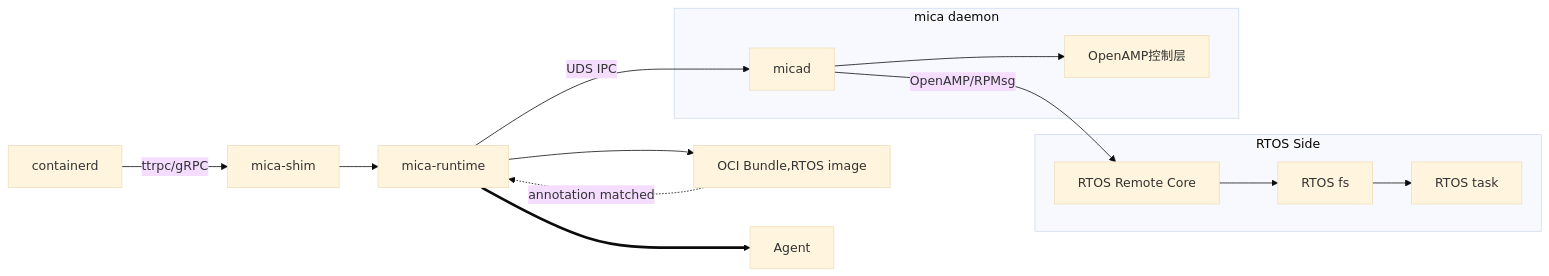
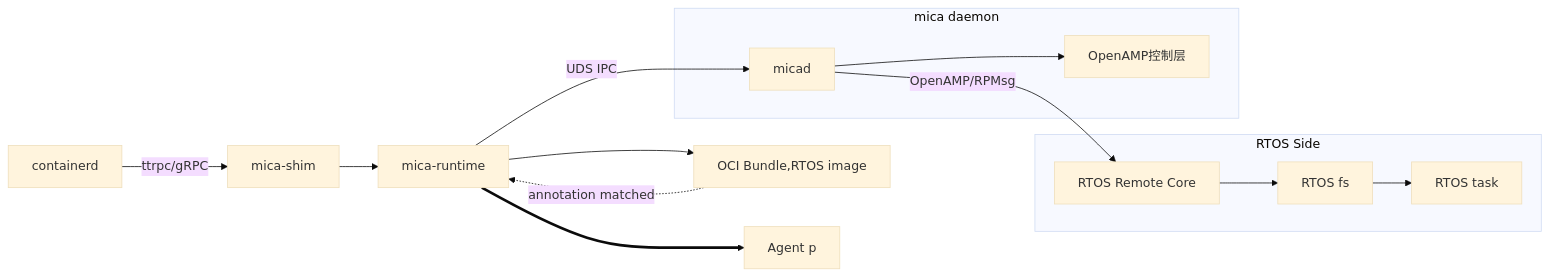
One commit to Egg12138/iodraw-files changed the diagram in all/未命名.md. Above: the diagram before and after it, drawn with Mermaid (base theme).

Commit message:
2025-06-21 17:07:49 update

````diff
--- a/all/未命名.md
+++ b/all/未命名.md
@@ -1,19 +1,19 @@
 ```mermaid
 
 graph LR
     CD[containerd] -->|ttrpc/gRPC| S
     S[mica-shim] --> MR
     MR[mica-runtime] -->|UDS IPC| A[micad]
     MR -->C[OCI Bundle,RTOS image]
-    MR ==>AG[Agent]
+    MR ==>AG[Agent p]
     A -->|OpenAMP/RPMsg| B[RTOS Remote Core]
     C -.->|annotation matched| MR
     subgraph RTOS Side
         B --> D[RTOS fs] --> E
         E[RTOS task]
     end
     subgraph mica daemon
         A --> F[OpenAMP控制层]
     end
 
 ```
````
